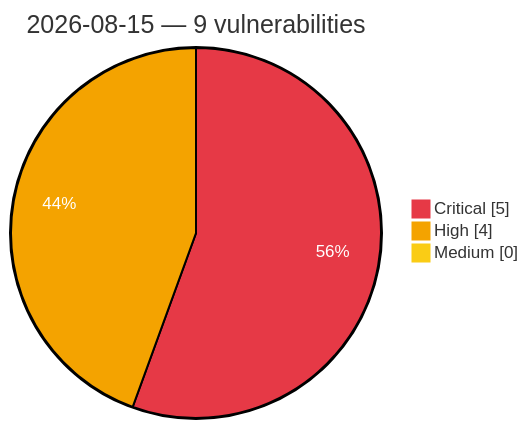
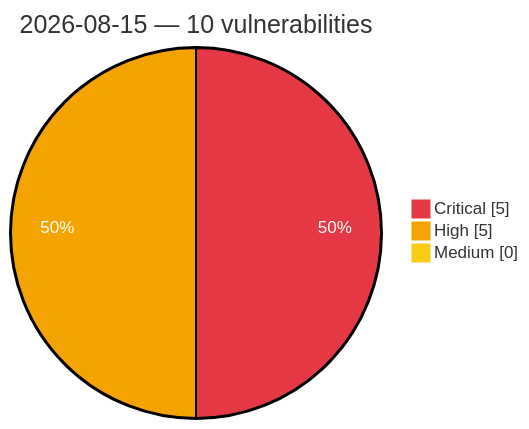
Before and after one commit to GhostX0X/vuln-tracker: the diagram in vulnerabilities/2026/August/2026-08-15.md, drawn with Mermaid. The commit also changed other lines of this file and 5 other files, not shown here.

````diff
--- a/vulnerabilities/2026/August/2026-08-15.md
+++ b/vulnerabilities/2026/August/2026-08-15.md
@@ -3,8 +3,8 @@
 ```mermaid
 %%{init: {'theme':'base', 'themeVariables': {'pie1':'#e63946', 'pie2':'#f4a300', 'pie3':'#facc15', 'pieOpacity':'1', 'pieOuterStrokeWidth':'2px', 'pieSectionTextColor':'#ffffff'}}}%%
 pie showData
-    title 2026-08-15 — 9 vulnerabilities
+    title 2026-08-15 — 10 vulnerabilities
     "Critical" : 5
-    "High" : 4
+    "High" : 5
     "Medium" : 0
 ```
````
